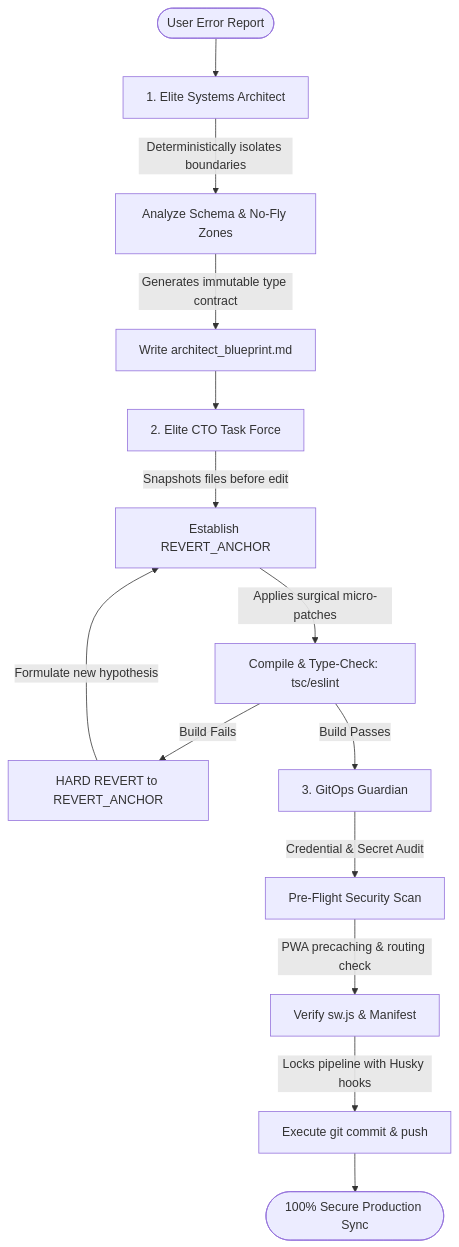
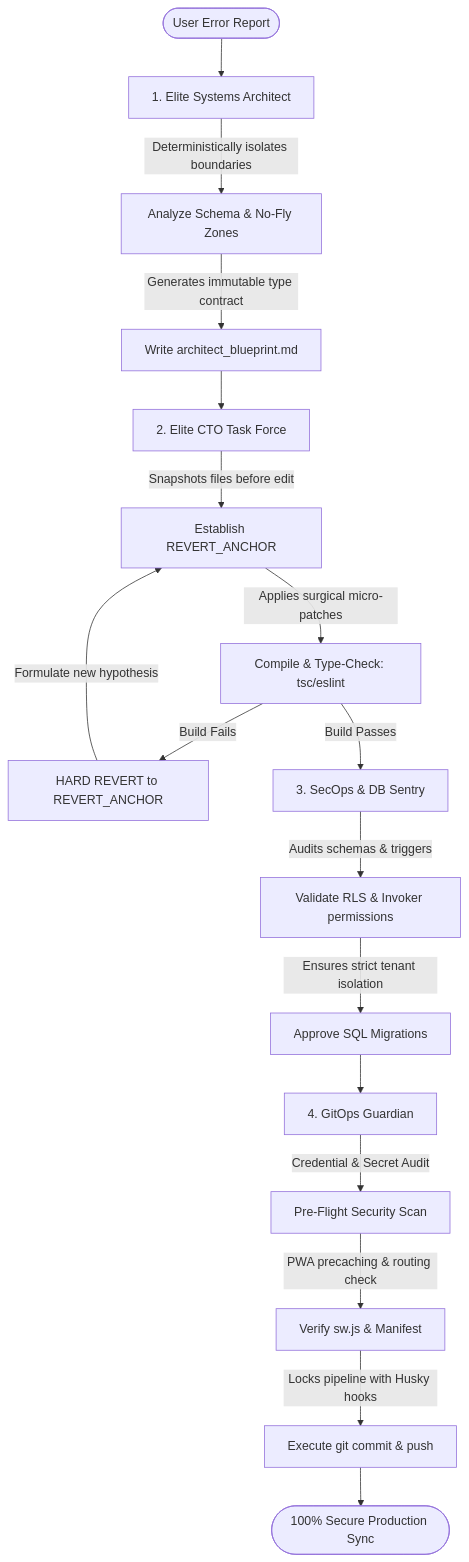
Before and after one commit to vivekkumarfbg000-pixel/medix-ai-dashboard: the diagram in ULTIMATE_TECH_TEAM_PIPELINE.md, drawn with Mermaid. The commit also changed other lines of this file and 1 other file, not shown here.

Commit message:
feat: upgrade tech team to v4.0 with Role 4: SecOps & Database Reliability Sentry

````diff
--- a/ULTIMATE_TECH_TEAM_PIPELINE.md
+++ b/ULTIMATE_TECH_TEAM_PIPELINE.md
@@ -8,16 +8,19 @@
 ```mermaid
 graph TD
     User([User Error Report]) --> A[1. Elite Systems Architect]
     A -->|Deterministically isolates boundaries| A1[Analyze Schema & No-Fly Zones]
     A1 -->|Generates immutable type contract| A2[Write architect_blueprint.md]
     A2 --> B[2. Elite CTO Task Force]
     B -->|Snapshots files before edit| B1[Establish REVERT_ANCHOR]
     B1 -->|Applies surgical micro-patches| B2[Compile & Type-Check: tsc/eslint]
     B2 -->|Build Fails| B3[HARD REVERT to REVERT_ANCHOR]
     B3 -->|Formulate new hypothesis| B1
-    B2 -->|Build Passes| C[3. GitOps Guardian]
+    B2 -->|Build Passes| D[3. SecOps & DB Sentry]
+    D -->|Audits schemas & triggers| D1[Validate RLS & Invoker permissions]
+    D1 -->|Ensures strict tenant isolation| D2[Approve SQL Migrations]
+    D2 --> C[4. GitOps Guardian]
     C -->|Credential & Secret Audit| C1[Pre-Flight Security Scan]
     C1 -->|PWA precaching & routing check| C2[Verify sw.js & Manifest]
     C2 -->|Locks pipeline with Husky hooks| C3[Execute git commit & push]
     C3 --> Done([100% Secure Production Sync])
 ```
````
